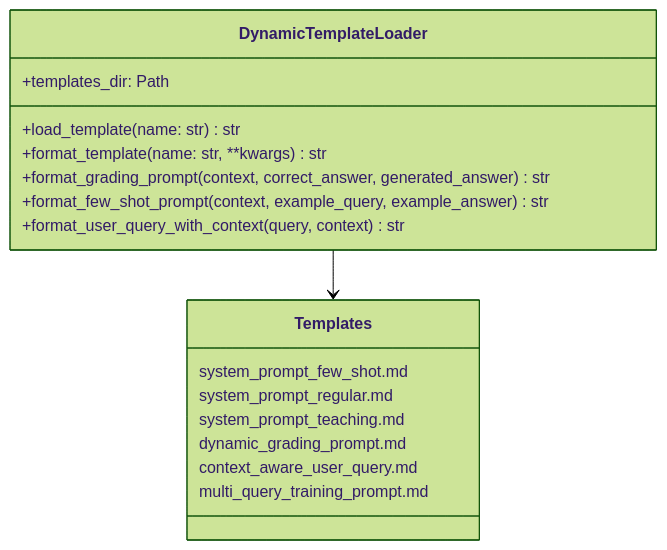
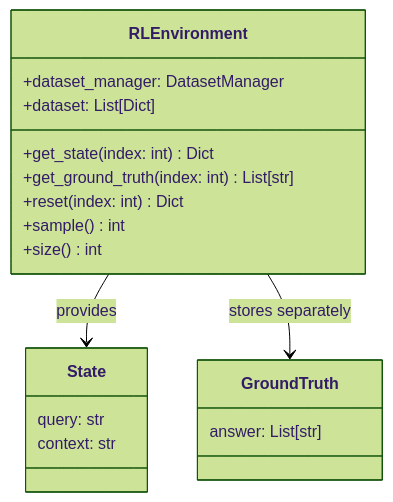
Before and after one commit to Psilocybin2K/qwen-rl: the second of 7 diagrams in README.md, drawn with Mermaid (forest theme). The commit also changed other lines of this file, not shown here.

````diff
--- a/README.md
+++ b/README.md
@@ -73,22 +71,24 @@
 ```mermaid
 classDiagram
-    class DynamicTemplateLoader {
-        +templates_dir: Path
-        +load_template(name: str) str
-        +format_template(name: str, **kwargs) str
-        +format_grading_prompt(context, correct_answer, generated_answer) str
-        +format_few_shot_prompt(context, example_query, example_answer) str
-        +format_user_query_with_context(query, context) str
+    class RLEnvironment {
+        +dataset_manager: DatasetManager
+        +dataset: List[Dict]
+        +get_state(index: int) Dict
+        +get_ground_truth(index: int) List[str]
+        +reset(index: int) Dict
+        +sample() int
+        +size() int
     }
     
-    class Templates {
-        system_prompt_few_shot.md
-        system_prompt_regular.md
-        system_prompt_teaching.md
-        dynamic_grading_prompt.md
-        context_aware_user_query.md
-        multi_query_training_prompt.md
+    class State {
+        query: str
+        context: str
     }
     
-    DynamicTemplateLoader --> Templates
+    class GroundTruth {
+        answer: List[str]
+    }
+    
+    RLEnvironment --> State : provides
+    RLEnvironment --> GroundTruth : stores separately
 ```
````
